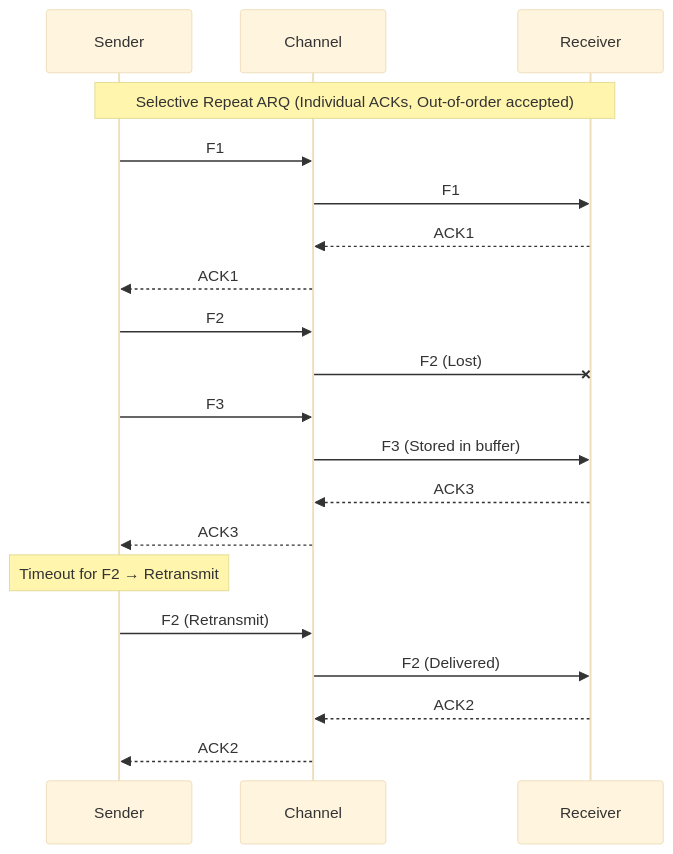
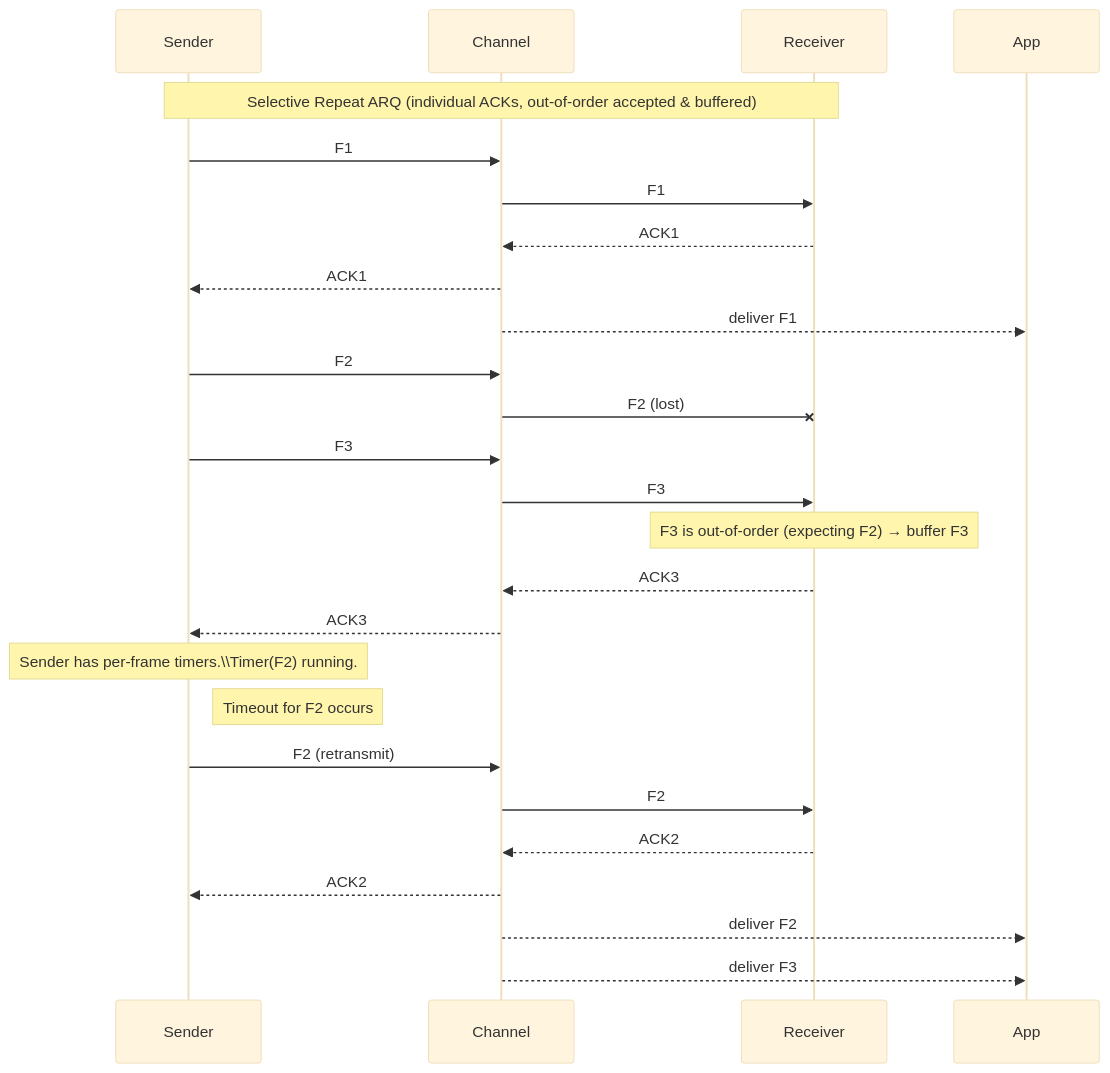
Before and after one commit to PahlavanianAzadUni/computer-networks-notes: the third of 4 diagrams in Lesson7B.md, drawn with Mermaid (base theme). The commit also changed other lines of this file, not shown here.

````diff
--- a/Lesson7B.md
+++ b/Lesson7B.md
@@ -138,27 +182,36 @@
 ```mermaid
 sequenceDiagram
     participant S as Sender
     participant C as Channel
     participant R as Receiver
+    participant A as App
 
-    Note over S,R: Selective Repeat ARQ (Individual ACKs, Out‑of‑order accepted)
+    Note over S,R: Selective Repeat ARQ (individual ACKs, out-of-order accepted & buffered)
 
     S->>C: F1
     C->>R: F1
     R-->>C: ACK1
     C-->>S: ACK1
+    C-->>A: deliver F1
 
     S->>C: F2
-    C -x R: F2 (Lost)
+    C -x R: F2 (lost)          
 
     S->>C: F3
-    C->>R: F3 (Stored in buffer)
+    C->>R: F3
+    Note over R: F3 is out-of-order (expecting F2) → buffer F3
     R-->>C: ACK3
     C-->>S: ACK3
 
-    Note over S: Timeout for F2 → Retransmit
-    S->>C: F2 (Retransmit)
-    C->>R: F2 (Delivered)
+    Note over S: Sender has per-frame timers.\\Timer(F2) running.
+    Note right of S: Timeout for F2 occurs
+
+    S->>C: F2 (retransmit)
+    C->>R: F2
     R-->>C: ACK2
     C-->>S: ACK2
+
+    C-->>A: deliver F2
+    C-->>A: deliver F3
+
 ```
````
